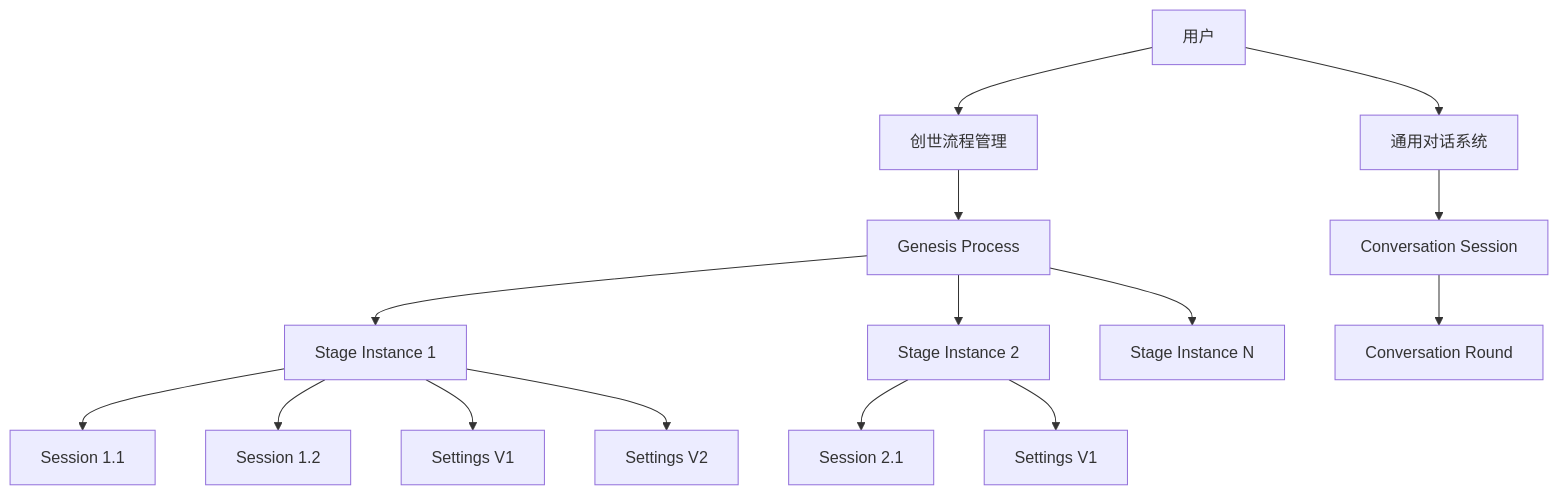
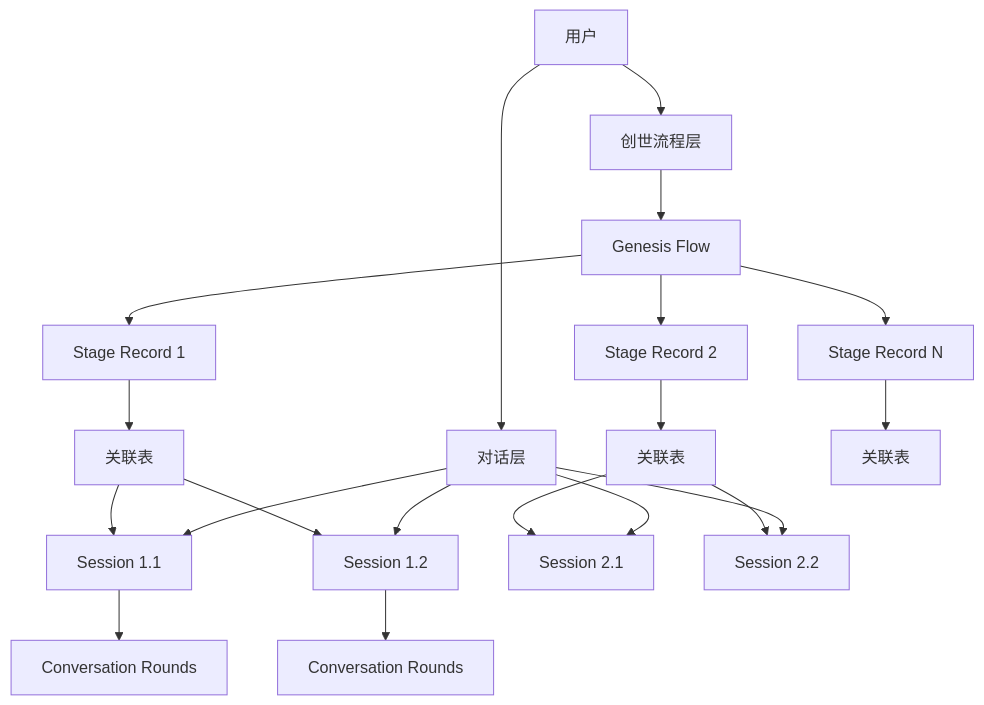
One commit to zhiyue/infinite-scribe changed the diagram in docs/design/genesis-stage-decoupling-architecture.md. Above: the diagram before and after it, drawn with Mermaid. The commit also changed other lines of this file and 3 other files, not shown here.

First line of the commit message:
feat(genesis-stages-decoupling): add implementation plan and README for Genesis stage decoupling

````diff
--- a/docs/design/genesis-stage-decoupling-architecture.md
+++ b/docs/design/genesis-stage-decoupling-architecture.md
@@ -112,21 +128,26 @@
 ```mermaid
 graph TB
-    A[用户] --> B[创世流程管理]
-    A --> C[通用对话系统]
+    A[用户] --> B[创世流程层]
+    A --> C[对话层]
 
-    B --> D[Genesis Process]
-    D --> E[Stage Instance 1]
-    D --> F[Stage Instance 2]
-    D --> G[Stage Instance N]
+    B --> D[Genesis Flow]
+    D --> E[Stage Record 1]
+    D --> F[Stage Record 2]
+    D --> G[Stage Record N]
 
-    E --> H[Session 1.1]
-    E --> I[Session 1.2]
-    E --> J[Settings V1]
-    E --> K[Settings V2]
+    E --> H[关联表]
+    F --> I[关联表]
+    G --> J[关联表]
 
-    F --> L[Session 2.1]
-    F --> M[Settings V1]
+    H --> K[Session 1.1]
+    H --> L[Session 1.2]
+    I --> M[Session 2.1]
+    I --> N[Session 2.2]
 
-    C --> N[Conversation Session]
-    N --> O[Conversation Round]
+    C --> K
+    C --> L
+    C --> M
+    C --> N
+    K --> O[Conversation Rounds]
+    L --> P[Conversation Rounds]
 ```
````
